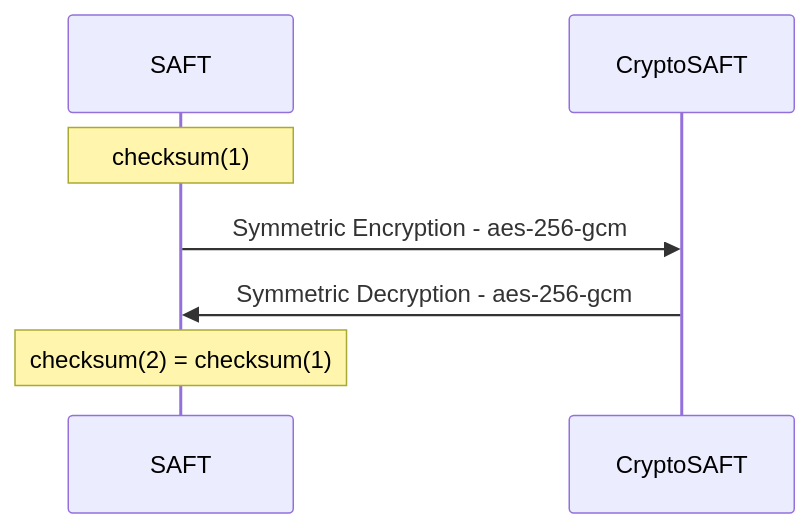
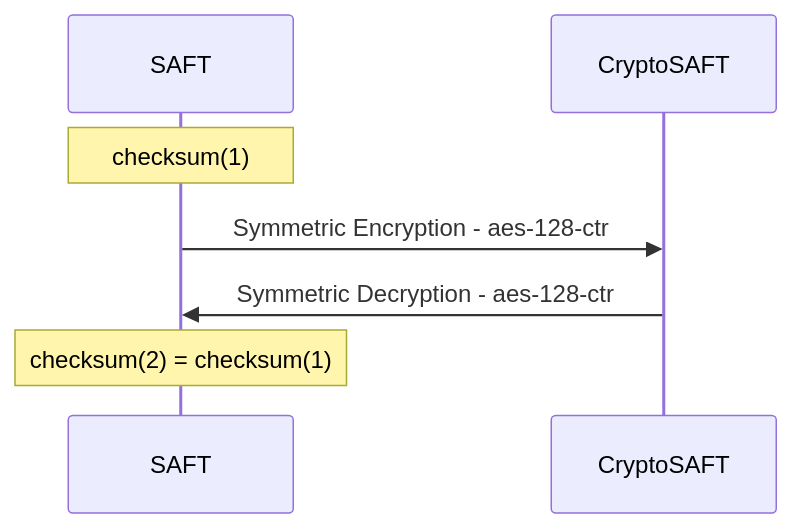
Before and after one commit to assoft-portugal/documentacao-CryptoSAF-T: the diagram in .gitbook/assets/mermaid-sequence-checksum.mmd, drawn with Mermaid. The commit also changed 2 other files, not shown here.

Commit message:
Update encryption algo

```diff
--- a/.gitbook/assets/mermaid-sequence-checksum.mmd
+++ b/.gitbook/assets/mermaid-sequence-checksum.mmd
@@ -1,8 +1,8 @@
 sequenceDiagram
 %% Checksum
 participant SAFT
 participant CryptoSAFT
 Note over SAFT: checksum(1)
-SAFT ->> CryptoSAFT: Symmetric Encryption - aes-256-gcm
-CryptoSAFT ->> SAFT: Symmetric Decryption - aes-256-gcm
+SAFT ->> CryptoSAFT: Symmetric Encryption - aes-128-ctr
+CryptoSAFT ->> SAFT: Symmetric Decryption - aes-128-ctr
 Note over SAFT: checksum(2) = checksum(1)
```
